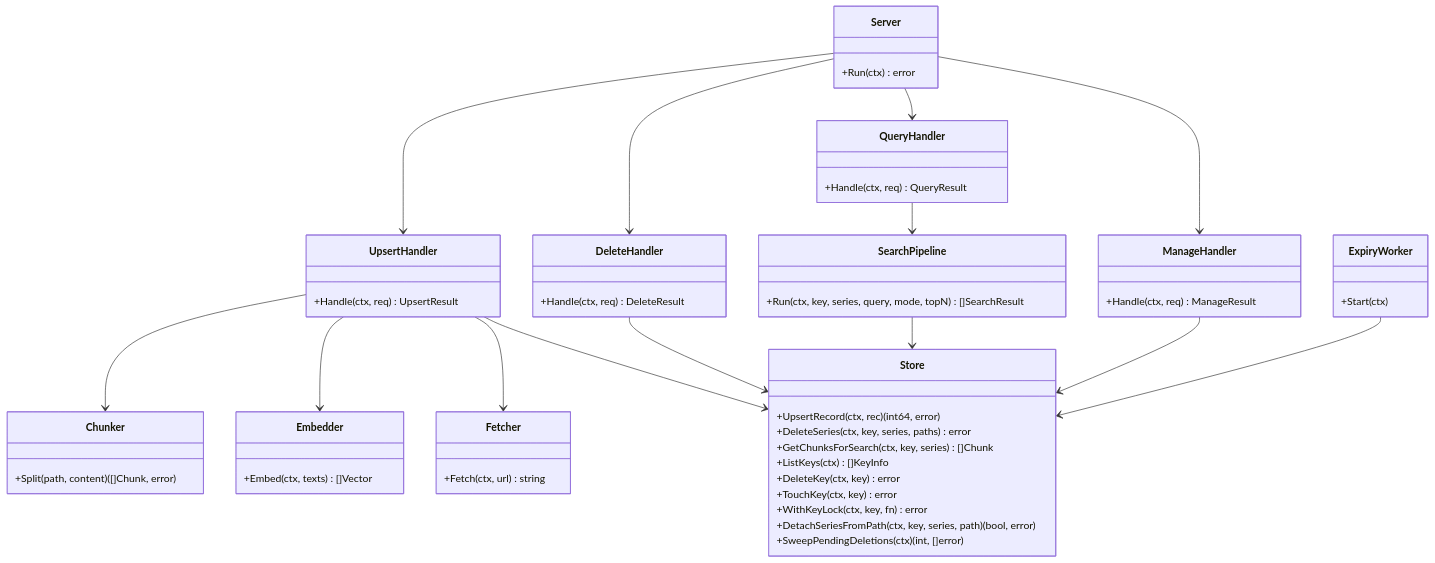
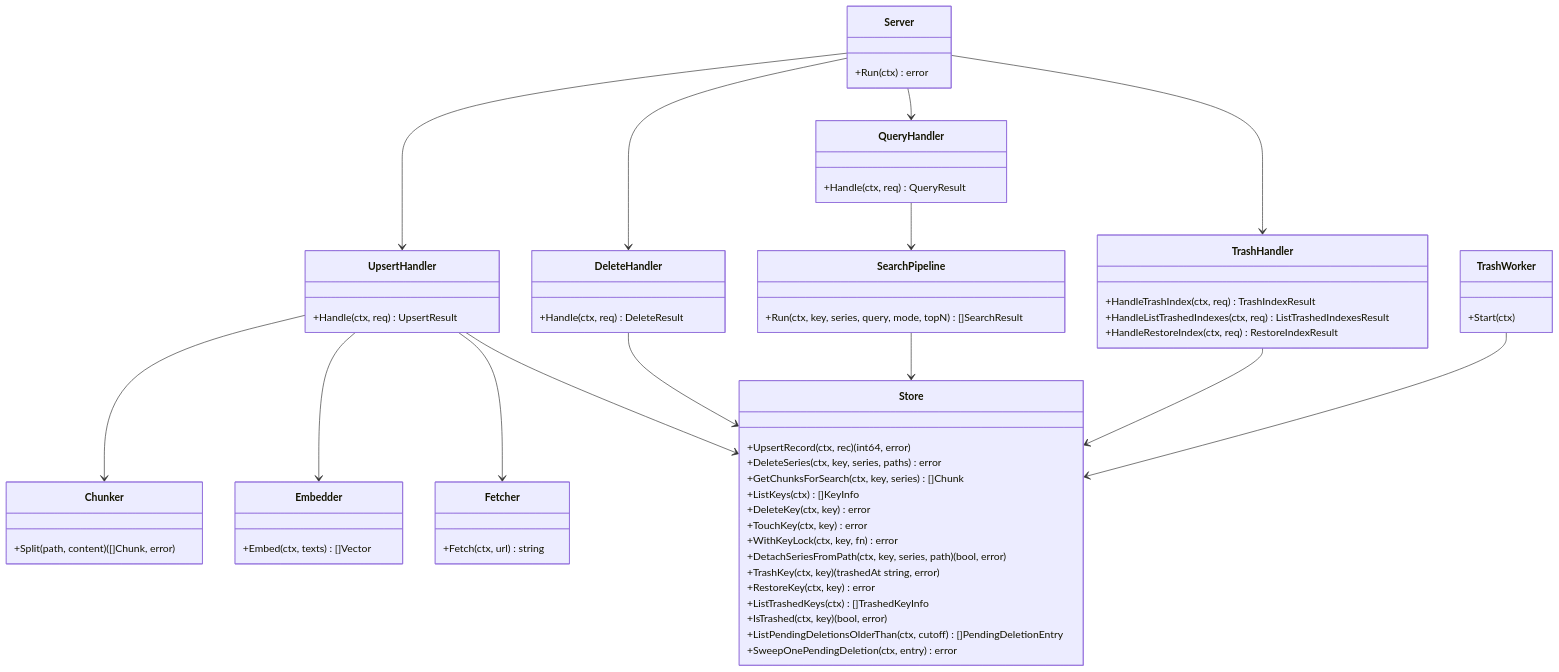
The second of 9 diagrams in docs/specs/base/design/DES-001_doc_db_mcp_server_design.md (BlueEventHorizon/doc-db-mcp-server), drawn with Mermaid before and after one commit. The commit also changed other lines of this file and 10 other files, not shown here.

````diff
--- a/docs/specs/base/design/DES-001_doc_db_mcp_server_design.md
+++ b/docs/specs/base/design/DES-001_doc_db_mcp_server_design.md
@@ -94,58 +94,65 @@
 ```mermaid
 classDiagram
     class Server {
         +Run(ctx) error
     }
     class UpsertHandler {
         +Handle(ctx, req) UpsertResult
     }
     class DeleteHandler {
         +Handle(ctx, req) DeleteResult
     }
     class QueryHandler {
         +Handle(ctx, req) QueryResult
     }
-    class ManageHandler {
-        +Handle(ctx, req) ManageResult
+    class TrashHandler {
+        +HandleTrashIndex(ctx, req) TrashIndexResult
+        +HandleListTrashedIndexes(ctx, req) ListTrashedIndexesResult
+        +HandleRestoreIndex(ctx, req) RestoreIndexResult
     }
     class Store {
         +UpsertRecord(ctx, rec) (int64, error)
         +DeleteSeries(ctx, key, series, paths) error
         +GetChunksForSearch(ctx, key, series) []Chunk
         +ListKeys(ctx) []KeyInfo
         +DeleteKey(ctx, key) error
         +TouchKey(ctx, key) error
         +WithKeyLock(ctx, key, fn) error
         +DetachSeriesFromPath(ctx, key, series, path) (bool, error)
-        +SweepPendingDeletions(ctx) (int, []error)
+        +TrashKey(ctx, key) (trashedAt string, error)
+        +RestoreKey(ctx, key) error
+        +ListTrashedKeys(ctx) []TrashedKeyInfo
+        +IsTrashed(ctx, key) (bool, error)
+        +ListPendingDeletionsOlderThan(ctx, cutoff) []PendingDeletionEntry
+        +SweepOnePendingDeletion(ctx, entry) error
     }
     class Chunker {
         +Split(path, content) ([]Chunk, error)
     }
     class Embedder {
         +Embed(ctx, texts) []Vector
     }
     class Fetcher {
         +Fetch(ctx, url) string
     }
     class SearchPipeline {
         +Run(ctx, key, series, query, mode, topN) []SearchResult
     }
-    class ExpiryWorker {
+    class TrashWorker {
         +Start(ctx)
     }
 
     Server --> UpsertHandler
     Server --> DeleteHandler
     Server --> QueryHandler
-    Server --> ManageHandler
-    ManageHandler --> Store
+    Server --> TrashHandler
+    TrashHandler --> Store
     UpsertHandler --> Chunker
     UpsertHandler --> Embedder
     UpsertHandler --> Fetcher
     UpsertHandler --> Store
     DeleteHandler --> Store
     QueryHandler --> SearchPipeline
     SearchPipeline --> Store
-    ExpiryWorker --> Store
+    TrashWorker --> Store
 ```
````
